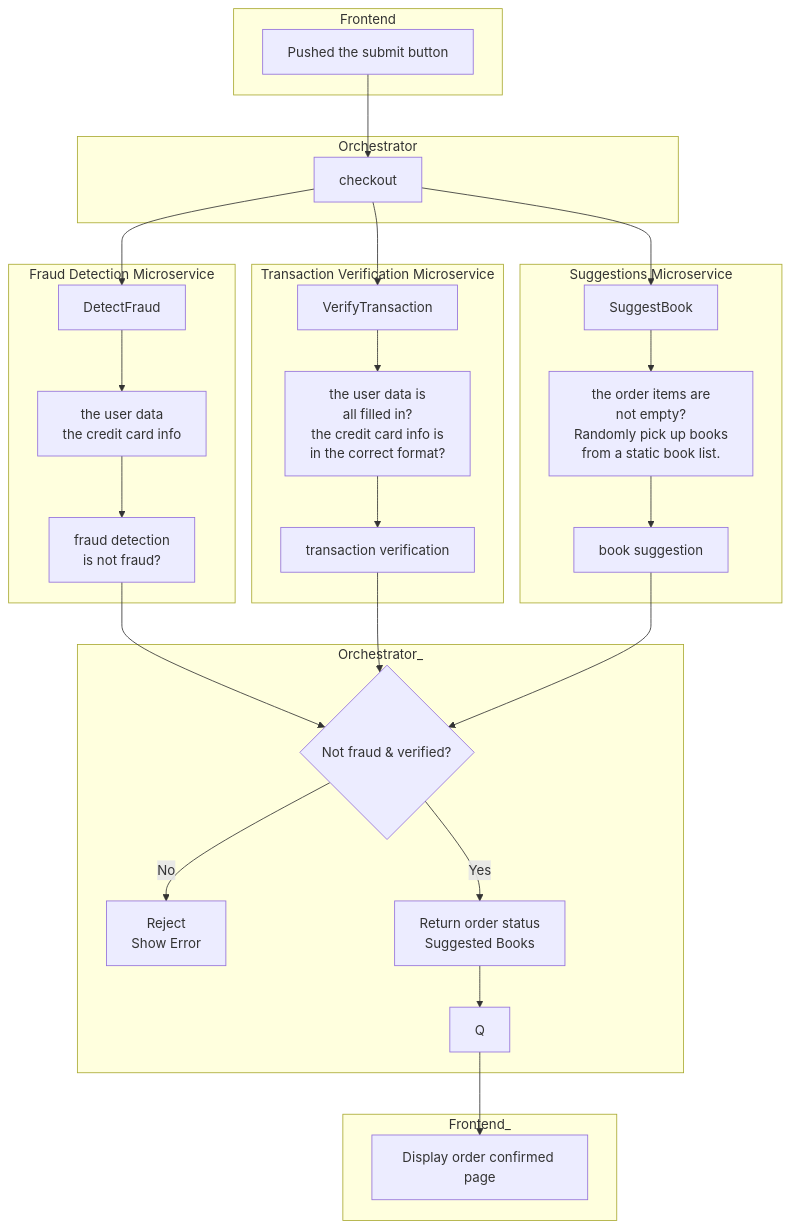
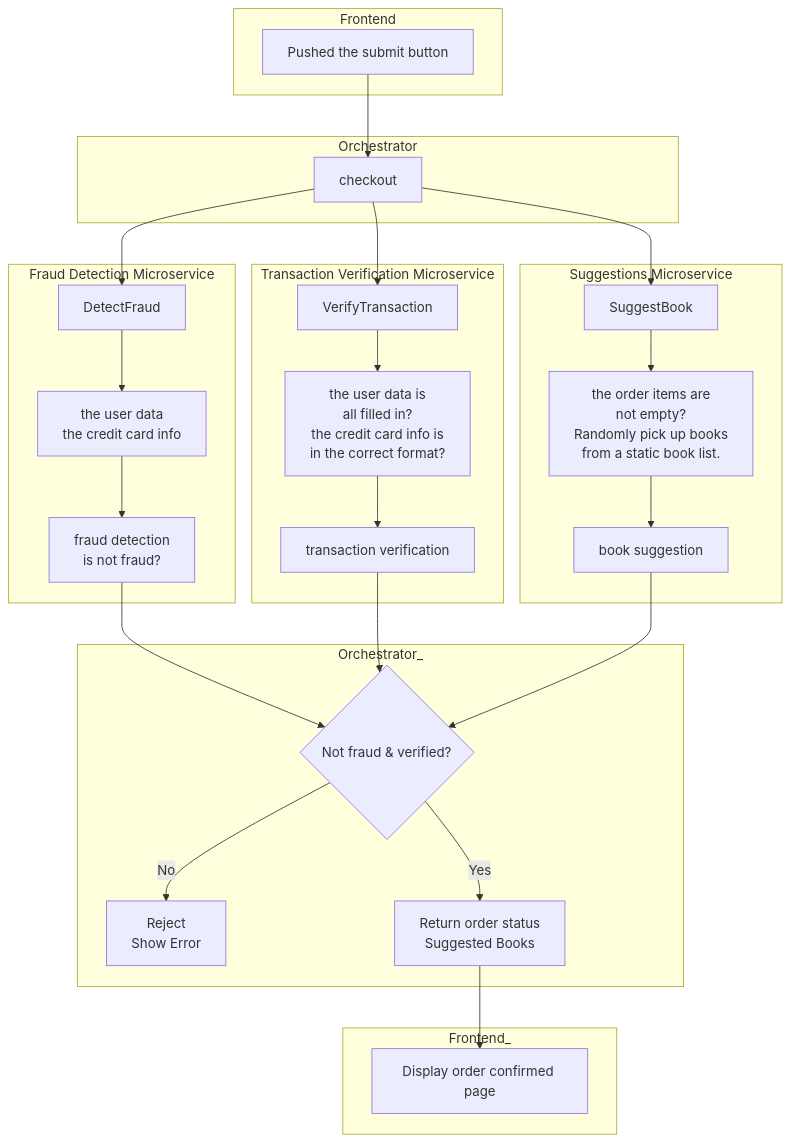
One commit to mharisirfan/ds-practice-2025 changed the second of 2 diagrams in README.md. Above: the diagram before and after it, drawn with Mermaid.

Commit message:
Fix flow in README for order confirmation process

````diff
--- a/README.md
+++ b/README.md
@@ -29,44 +29,43 @@
 ```mermaid
 graph TD
     subgraph Frontend
         B[Pushed the submit button]
     end
 
     subgraph Orchestrator
         B --> C[checkout]
     end
 
     subgraph "Fraud Detection Microservice"
         D[DetectFraud] --> G[the user data<br/>the credit card info]
         G --> J[fraud detection<br/>is not fraud?]
     end
 
     subgraph "Transaction Verification Microservice"
         E[VerifyTransaction] --> H[the user data is<br/>all filled in?<br/>the credit card info is<br/>in the correct format?]
         H --> K[transaction verification]
     end
 
     subgraph "Suggestions Microservice"
         F[SuggestBook] --> I[the order items are<br/>not empty?<br/>Randomly pick up books<br/>from a static book list.]
         I --> L[book suggestion]
     end
 
     C --> D
     C --> E
     C --> F
 
     J --> N
     K --> N
     L --> N
 
     subgraph Orchestrator_
     N{Not fraud & verified?}
     N -->|No| O[Reject<br/>Show Error]
     N -->|Yes| P[Return order status<br/>Suggested Books]
-    P --> Q
     end
 
     subgraph Frontend_
-    Q --> R[Display order confirmed page]
+    P --> R[Display order confirmed page]
     end
 ```
````
